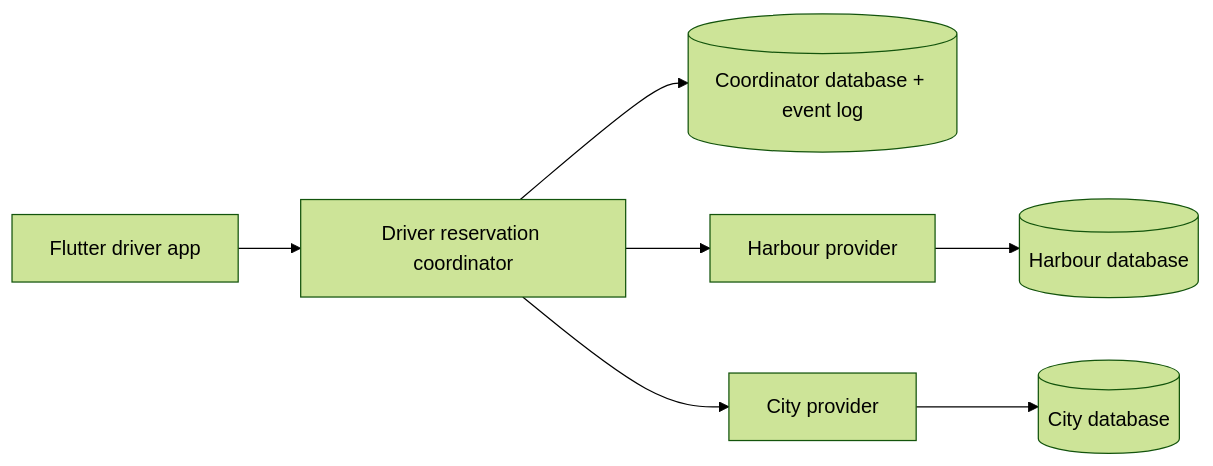
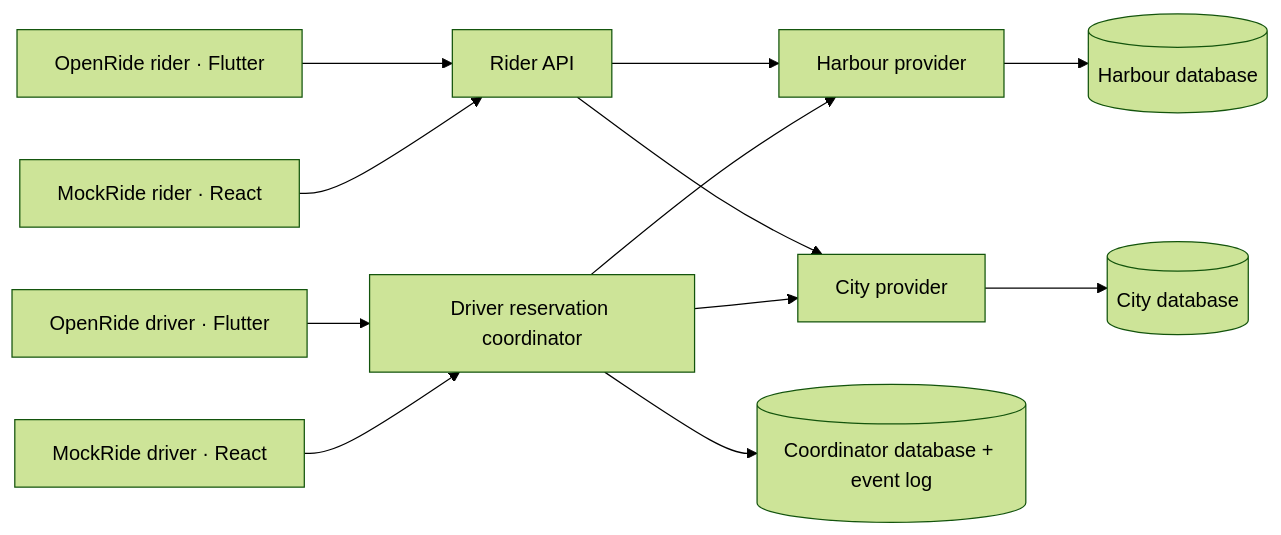
The diagram in README.md (Sakyawira/OpenRide), drawn with Mermaid (forest theme) before and after one commit. The commit also changed other lines of this file and 325 other files, not shown here.

Commit message:
feat: add independent rider and driver apps with pricing and maps

````diff
--- a/README.md
+++ b/README.md
@@ -87,9 +90,14 @@
 ```mermaid
 flowchart LR
-  F[Flutter driver app] --> C[Driver reservation coordinator]
+  OR[OpenRide rider · Flutter] --> R[Rider API]
+  MR[MockRide rider · React] --> R
+  OD[OpenRide driver · Flutter] --> C[Driver reservation coordinator]
+  MD[MockRide driver · React] --> C
+  R --> A
+  R --> B
   C --> D[(Coordinator database + event log)]
   C --> A[Harbour provider]
   C --> B[City provider]
   A --> AD[(Harbour database)]
   B --> BD[(City database)]
 ```
````
